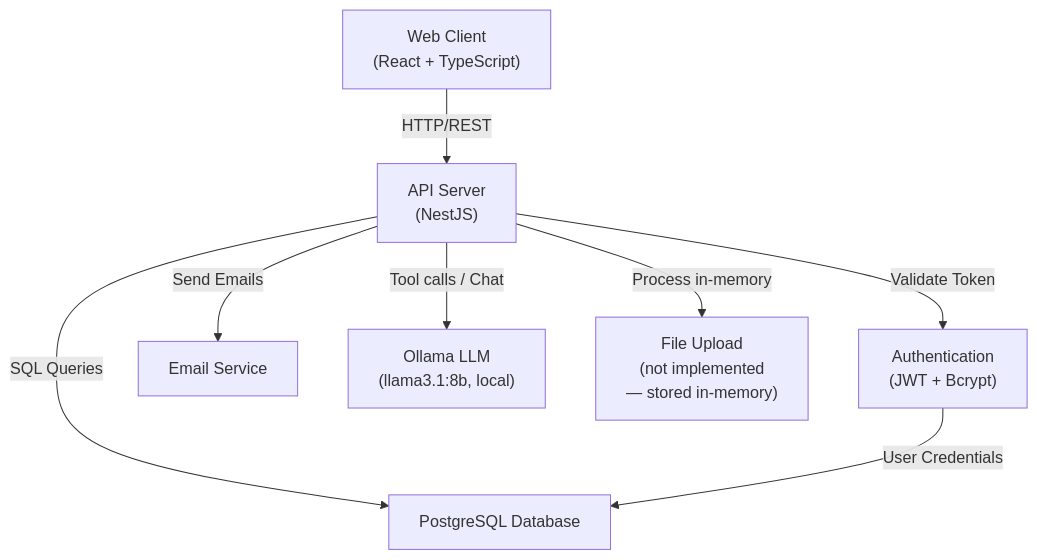
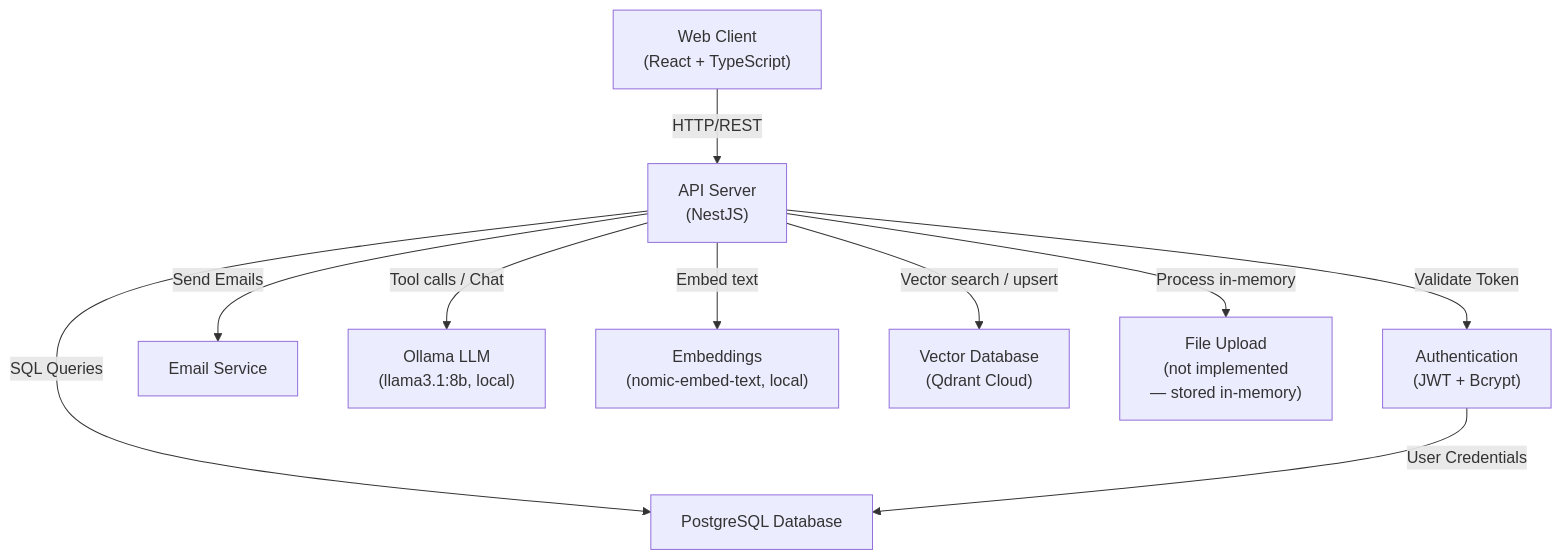
One commit to tusharb8/dsa_sheet changed the first of 13 diagrams in HLD.md. Above: the diagram before and after it, drawn with Mermaid. The commit also changed other lines of this file and 8 other files, not shown here.

````diff
--- a/HLD.md
+++ b/HLD.md
@@ -13,19 +13,23 @@
 ```mermaid
 graph TB
     Client["Web Client<br/>(React + TypeScript)"]
     Server["API Server<br/>(NestJS)"]
     Auth["Authentication<br/>(JWT + Bcrypt)"]
     DB["PostgreSQL Database"]
     Email["Email Service"]
     Ollama["Ollama LLM<br/>(llama3.1:8b, local)"]
+    Embed["Embeddings<br/>(nomic-embed-text, local)"]
+    Qdrant["Vector Database<br/>(Qdrant Cloud)"]
     Storage["File Upload<br/>Service"]
     
     Client -->|HTTP/REST| Server
     Server -->|Validate Token| Auth
     Server -->|SQL Queries| DB
     Server -->|Send Emails| Email
     Server -->|Tool calls / Chat| Ollama
+    Server -->|Embed text| Embed
+    Server -->|Vector search / upsert| Qdrant
     Server -->|Process in-memory| Storage["File Upload<br/>(not implemented<br/>— stored in-memory)"]
     
     Auth -->|User Credentials| DB
 ```
````
